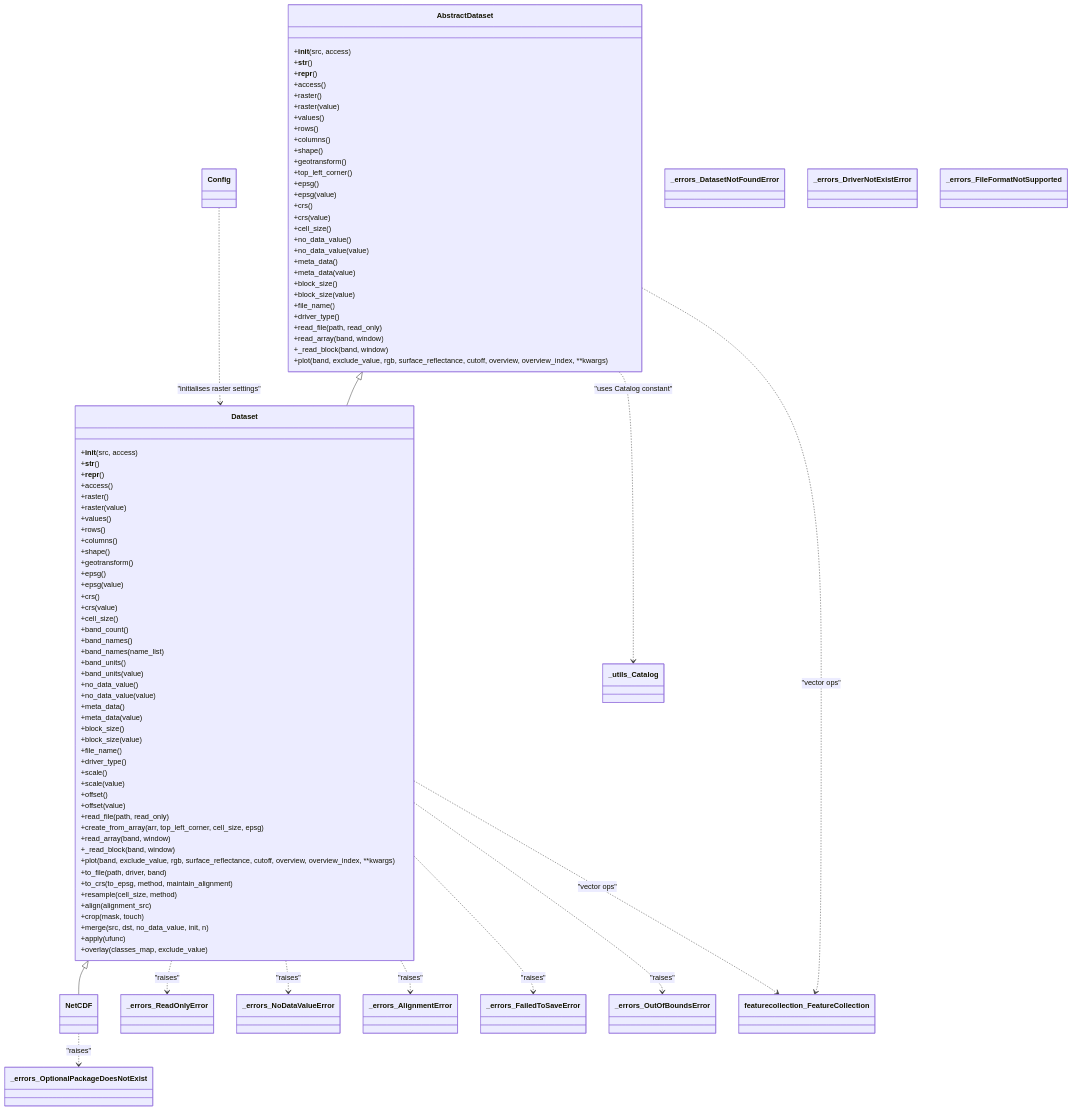
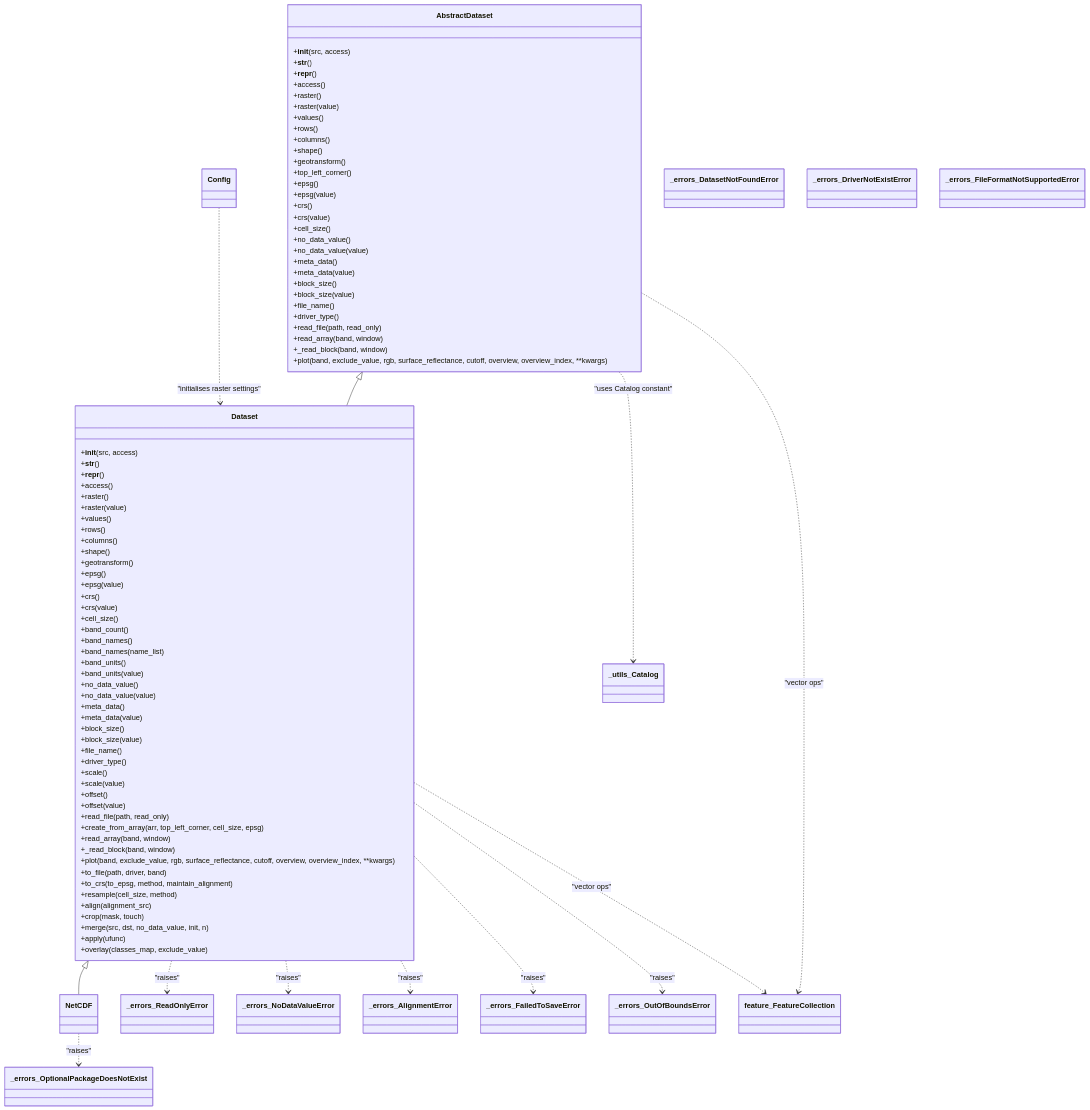
One commit to Serapieum-of-alex/pyramids changed the first of 2 diagrams in docs/reference/dataset.md. Above: the diagram before and after it, drawn with Mermaid. The commit also changed 16 other files, not shown here.

Commit message:
rename featurecollection.py to feature.py

```diff
--- a/docs/reference/dataset.md
+++ b/docs/reference/dataset.md
@@ -107,7 +107,7 @@
     class _errors_NoDataValueError
     class _errors_AlignmentError
     class _errors_DriverNotExistError
-    class _errors_FileFormatNotSupported
+    class _errors_FileFormatNotSupportedError
     class _errors_OptionalPackageDoesNotExist
     class _errors_FailedToSaveError
     class _errors_OutOfBoundsError
@@ -118,8 +118,8 @@
 
     %% composition/usage relations
     AbstractDataset ..> _utils_Catalog : "uses Catalog constant"
-    AbstractDataset ..> featurecollection_FeatureCollection : "vector ops"
-    Dataset ..> featurecollection_FeatureCollection : "vector ops"
+    AbstractDataset ..> feature_FeatureCollection : "vector ops"
+    Dataset ..> feature_FeatureCollection : "vector ops"
     Dataset ..> _errors_ReadOnlyError : "raises"
     Dataset ..> _errors_AlignmentError : "raises"
     Dataset ..> _errors_NoDataValueError : "raises"
```
